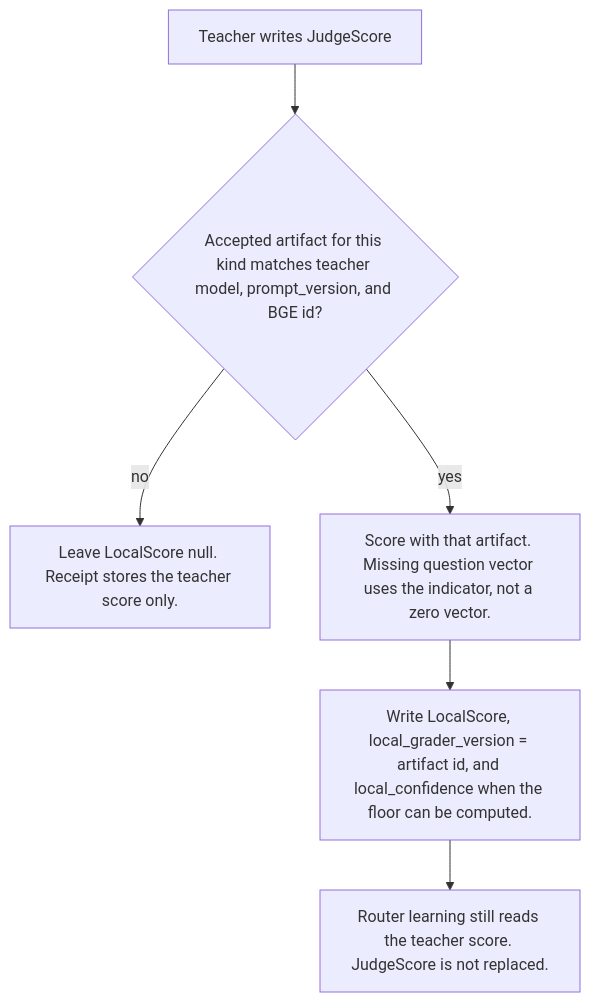
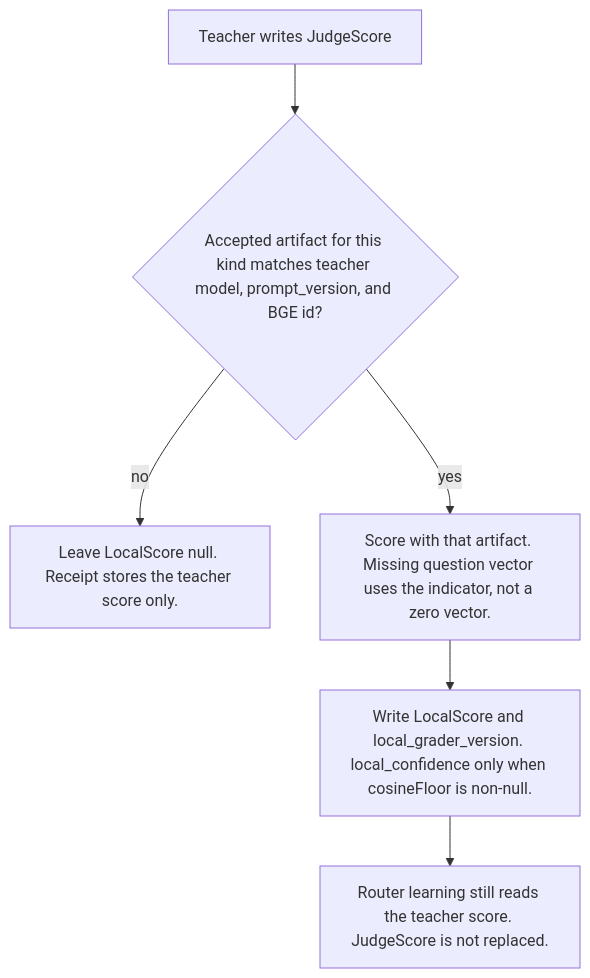
Before and after one commit to davidpizon/TotallyHot-ArcRouter: the second of 2 diagrams in docs/plans/issue-304-phase-7-grader-epoch.md, drawn with Mermaid. The commit also changed other lines of this file and 1 other file, not shown here.

First line of the commit message:
Name the phase 7 trainer, query, folders, and null confidence.

````diff
--- a/docs/plans/issue-304-phase-7-grader-epoch.md
+++ b/docs/plans/issue-304-phase-7-grader-epoch.md
@@ -82,8 +82,8 @@
 ```mermaid
 flowchart TD
     teacher[Teacher writes JudgeScore] --> match{Accepted artifact for this kind matches teacher model, prompt_version, and BGE id?}
     match -->|no| bare[Leave LocalScore null. Receipt stores the teacher score only.]
     match -->|yes| score[Score with that artifact. Missing question vector uses the indicator, not a zero vector.]
-    score --> beside[Write LocalScore, local_grader_version = artifact id, and local_confidence when the floor can be computed.]
+    score --> beside[Write LocalScore and local_grader_version. local_confidence only when cosineFloor is non-null.]
     beside --> learn[Router learning still reads the teacher score. JudgeScore is not replaced.]
 ```
````
